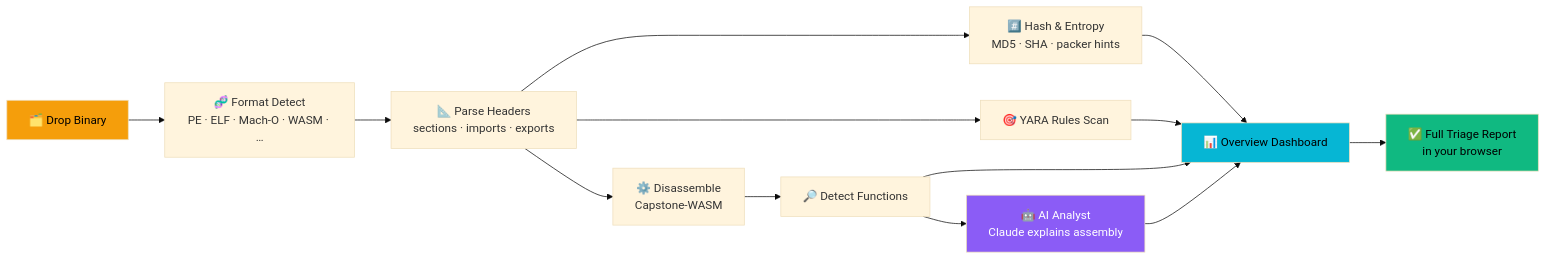
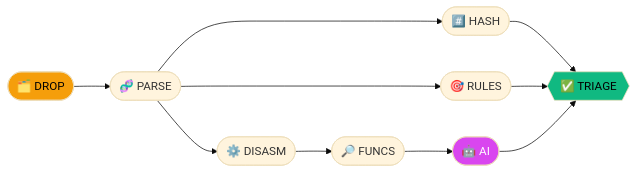
One commit to cypherdavy/binscope- changed the diagram in README.md. Above: the diagram before and after it, drawn with Mermaid (base theme). The commit also changed other lines of this file and 3 other files, not shown here.

````diff
--- a/README.md
+++ b/README.md
@@ -68,20 +34,15 @@
 ```mermaid
 flowchart LR
-    A[🗂️ Drop Binary] --> B[🧬 Format Detect<br/>PE · ELF · Mach-O · WASM · …]
-    B --> C[📐 Parse Headers<br/>sections · imports · exports]
-    C --> D[#️⃣ Hash & Entropy<br/>MD5 · SHA · packer hints]
-    C --> E[⚙️ Disassemble<br/>Capstone-WASM]
-    E --> F[🔎 Detect Functions]
-    C --> G[🎯 YARA Rules Scan]
-    F --> H[🤖 AI Analyst<br/>Claude explains assembly]
-    D --> I[📊 Overview Dashboard]
-    G --> I
-    F --> I
-    H --> I
-    I --> J[✅ Full Triage Report<br/>in your browser]
-
+    A([🗂️ DROP]) --> B([🧬 PARSE])
+    B --> C([⚙️ DISASM])
+    B --> D([#️⃣ HASH])
+    C --> E([🔎 FUNCS])
+    B --> F([🎯 RULES])
+    E --> G([🤖 AI])
+    D --> H{{✅ TRIAGE}}
+    F --> H
+    G --> H
     style A fill:#f59e0b,color:#000
-    style J fill:#10b981,color:#000
-    style H fill:#8b5cf6,color:#fff
-    style I fill:#06b6d4,color:#000
+    style H fill:#10b981,color:#000
+    style G fill:#d946ef,color:#fff
 ```
````
